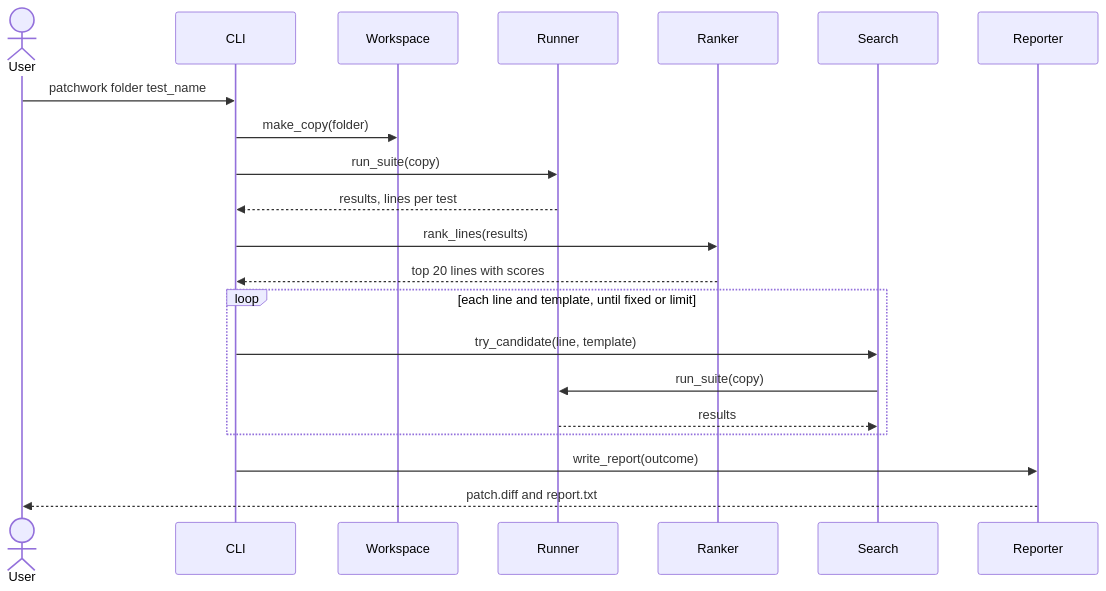
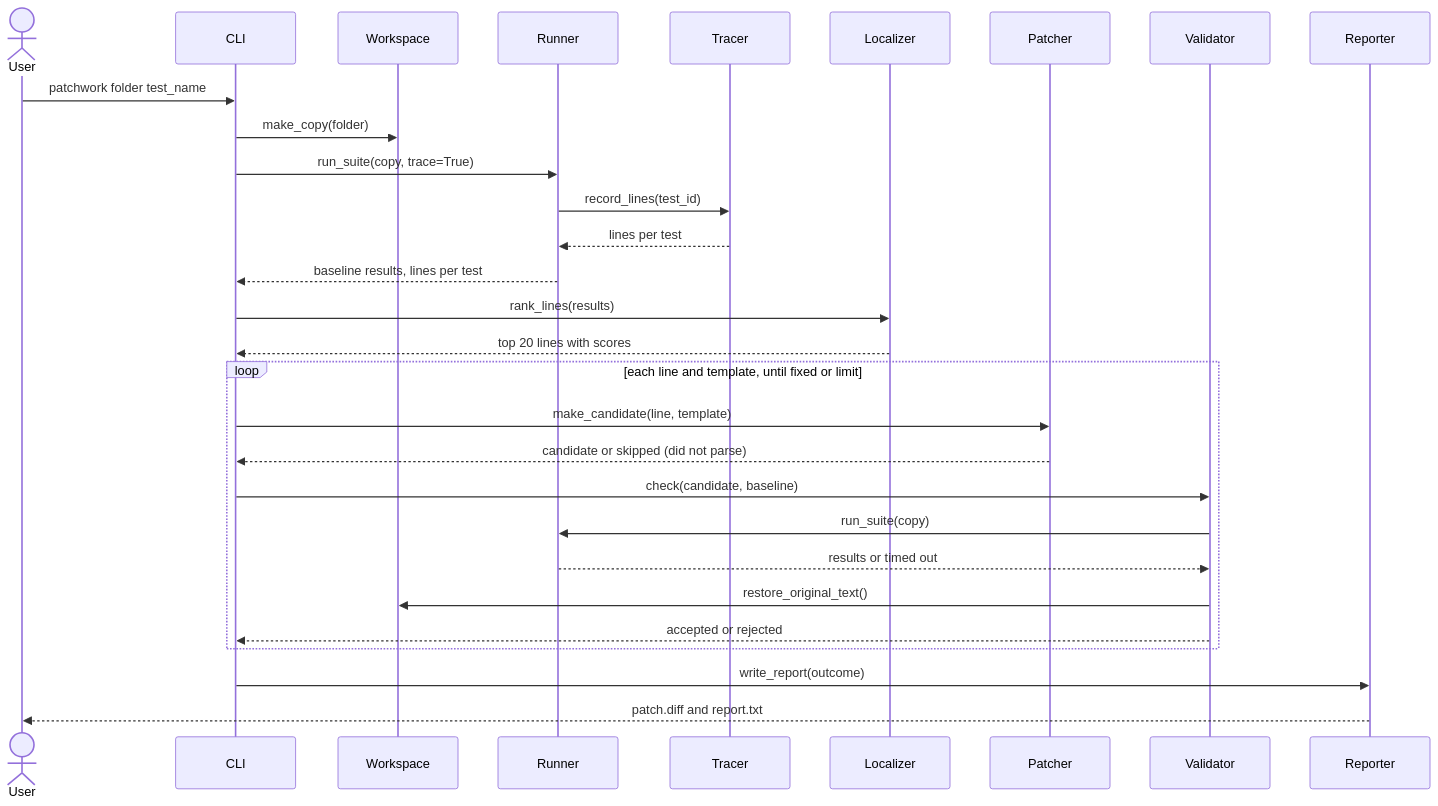
One commit to untzaidsarwar/se-agent changed the second of 4 diagrams in docs/FULL_SPEC.md. Above: the diagram before and after it, drawn with Mermaid. The commit also changed other lines of this file and 1 other file, not shown here.

Commit message:
Split architecture modules and add traceability

````diff
--- a/docs/FULL_SPEC.md
+++ b/docs/FULL_SPEC.md
@@ -113,23 +127,31 @@
 ```mermaid
 sequenceDiagram
   actor User
   participant CLI
   participant Workspace
   participant Runner
-  participant Ranker
-  participant Search
+  participant Tracer
+  participant Localizer
+  participant Patcher
+  participant Validator
   participant Reporter
   User->>CLI: patchwork folder test_name
   CLI->>Workspace: make_copy(folder)
-  CLI->>Runner: run_suite(copy)
-  Runner-->>CLI: results, lines per test
-  CLI->>Ranker: rank_lines(results)
-  Ranker-->>CLI: top 20 lines with scores
+  CLI->>Runner: run_suite(copy, trace=True)
+  Runner->>Tracer: record_lines(test_id)
+  Tracer-->>Runner: lines per test
+  Runner-->>CLI: baseline results, lines per test
+  CLI->>Localizer: rank_lines(results)
+  Localizer-->>CLI: top 20 lines with scores
   loop each line and template, until fixed or limit
-    CLI->>Search: try_candidate(line, template)
-    Search->>Runner: run_suite(copy)
-    Runner-->>Search: results
+    CLI->>Patcher: make_candidate(line, template)
+    Patcher-->>CLI: candidate or skipped (did not parse)
+    CLI->>Validator: check(candidate, baseline)
+    Validator->>Runner: run_suite(copy)
+    Runner-->>Validator: results or timed out
+    Validator->>Workspace: restore_original_text()
+    Validator-->>CLI: accepted or rejected
   end
   CLI->>Reporter: write_report(outcome)
   Reporter-->>User: patch.diff and report.txt
 ```
````
